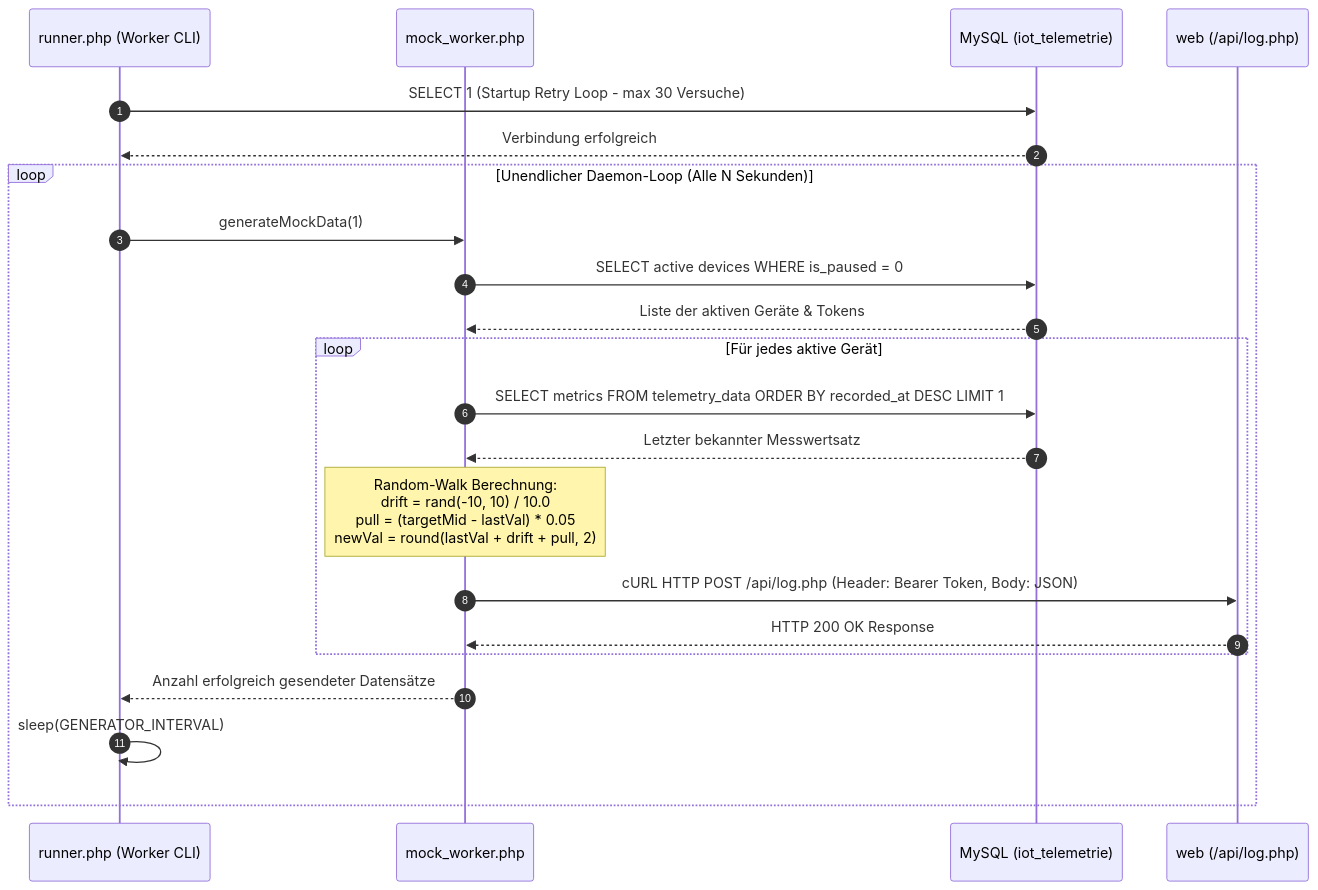
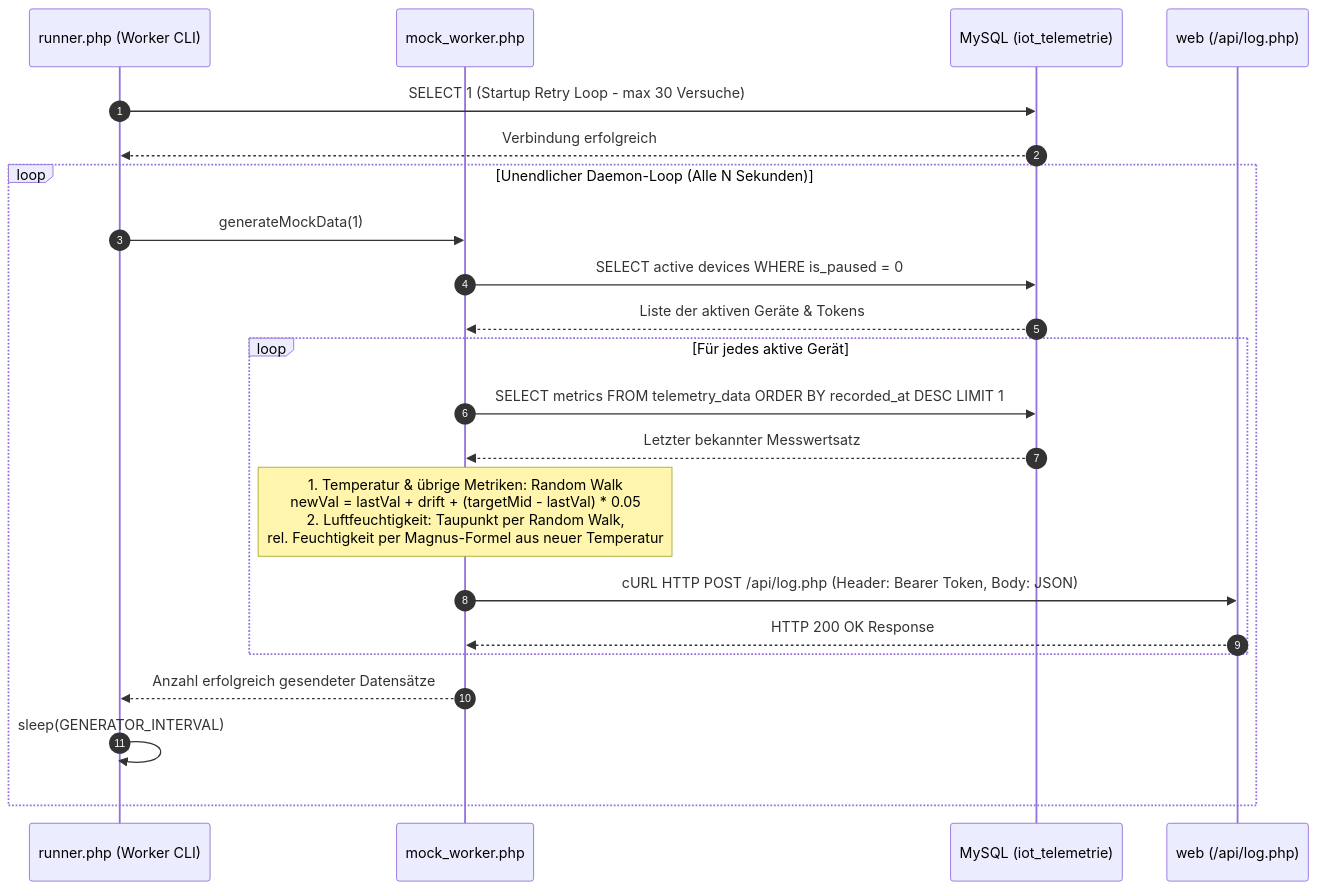
One commit to HardBoss07/m347-iot-telemetrie changed the fourth of 4 diagrams in README.md. Above: the diagram before and after it, drawn with Mermaid. The commit also changed other lines of this file, not shown here.

````diff
--- a/README.md
+++ b/README.md
@@ -280,30 +282,30 @@
 ```mermaid
 sequenceDiagram
     autonumber
     participant Runner as runner.php (Worker CLI)
     participant Worker as mock_worker.php
     participant DB as MySQL (iot_telemetrie)
     participant WebAPI as web (/api/log.php)
 
     Runner->>DB: SELECT 1 (Startup Retry Loop - max 30 Versuche)
     DB-->>Runner: Verbindung erfolgreich
 
     loop Unendlicher Daemon-Loop (Alle N Sekunden)
         Runner->>Worker: generateMockData(1)
         Worker->>DB: SELECT active devices WHERE is_paused = 0
         DB-->>Worker: Liste der aktiven Geräte & Tokens
 
         loop Für jedes aktive Gerät
             Worker->>DB: SELECT metrics FROM telemetry_data ORDER BY recorded_at DESC LIMIT 1
             DB-->>Worker: Letzter bekannter Messwertsatz
 
-            note over Worker: Random-Walk Berechnung:<br/>drift = rand(-10, 10) / 10.0<br/>pull = (targetMid - lastVal) * 0.05<br/>newVal = round(lastVal + drift + pull, 2)
+            note over Worker: 1. Temperatur & übrige Metriken: Random Walk<br/>newVal = lastVal + drift + (targetMid - lastVal) * 0.05<br/>2. Luftfeuchtigkeit: Taupunkt per Random Walk,<br/>rel. Feuchtigkeit per Magnus-Formel aus neuer Temperatur
 
             Worker->>WebAPI: cURL HTTP POST /api/log.php (Header: Bearer Token, Body: JSON)
             WebAPI-->>Worker: HTTP 200 OK Response
         end
 
         Worker-->>Runner: Anzahl erfolgreich gesendeter Datensätze
         Runner->>Runner: sleep(GENERATOR_INTERVAL)
     end
 ```
````
